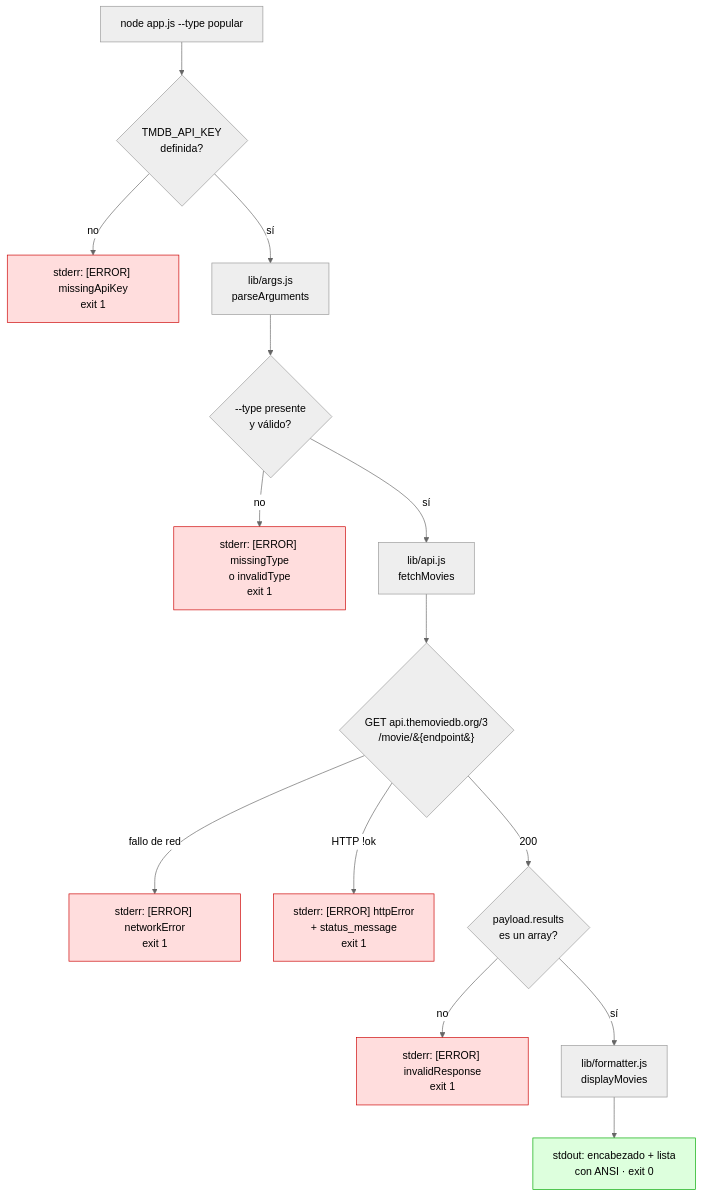
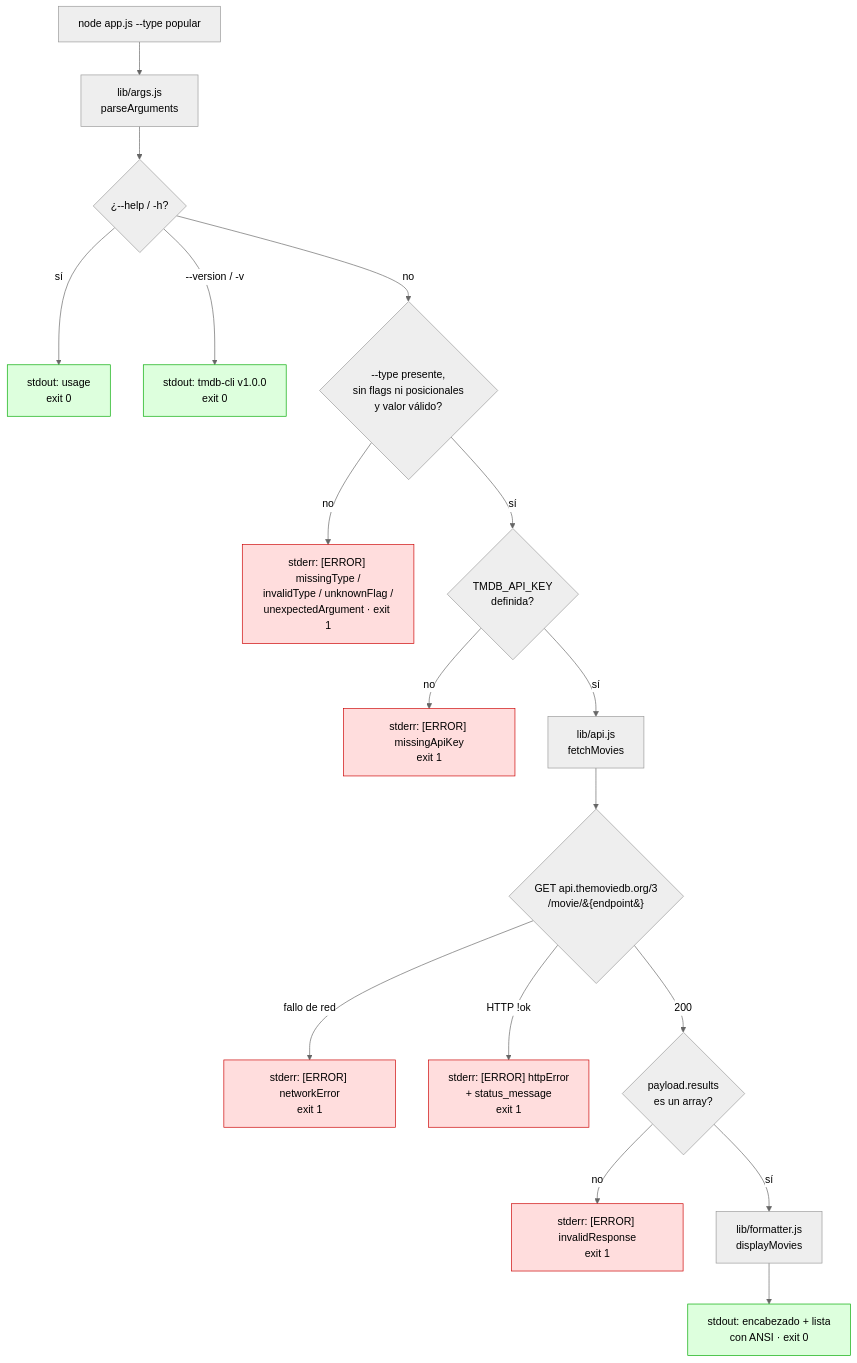
Before and after one commit to javierjuanJJ/TMDB-CLI-Tool: the first of 3 diagrams in tmdb-cli/README.md, drawn with Mermaid (neutral theme). The commit also changed other lines of this file and 4 other files, not shown here.

````diff
--- a/tmdb-cli/README.md
+++ b/tmdb-cli/README.md
@@ -75,23 +75,28 @@
 ```mermaid
 flowchart TD
-    A["node app.js --type popular"] --> B{"TMDB_API_KEY<br/>definida?"}
+    A["node app.js --type popular"] --> C["lib/args.js<br/>parseArguments"]
+    C --> K{"¿--help / -h?"}
+    K -- "sí" --> OK1["stdout: usage<br/>exit 0"]
+    K -- "--version / -v" --> OK2["stdout: tmdb-cli v1.0.0<br/>exit 0"]
+    K -- "no" --> D{"--type presente,<br/>sin flags ni posicionales<br/>y valor válido?"}
+    D -- "no" --> E2["stderr: [ERROR] missingType /<br/>invalidType / unknownFlag /<br/>unexpectedArgument · exit 1"]
+    D -- "sí" --> B{"TMDB_API_KEY<br/>definida?"}
     B -- "no" --> E1["stderr: [ERROR] missingApiKey<br/>exit 1"]
-    B -- "sí" --> C["lib/args.js<br/>parseArguments"]
-    C --> D{"--type presente<br/>y válido?"}
-    D -- "no" --> E2["stderr: [ERROR] missingType<br/>o invalidType<br/>exit 1"]
-    D -- "sí" --> F["lib/api.js<br/>fetchMovies"]
+    B -- "sí" --> F["lib/api.js<br/>fetchMovies"]
     F --> G{"GET api.themoviedb.org/3<br/>/movie/&#123;endpoint&#125;"}
     G -- "fallo de red" --> E3["stderr: [ERROR] networkError<br/>exit 1"]
     G -- "HTTP !ok" --> E4["stderr: [ERROR] httpError<br/>+ status_message<br/>exit 1"]
     G -- "200" --> H{"payload.results<br/>es un array?"}
     H -- "no" --> E5["stderr: [ERROR] invalidResponse<br/>exit 1"]
     H -- "sí" --> I["lib/formatter.js<br/>displayMovies"]
     I --> J["stdout: encabezado + lista<br/>con ANSI · exit 0"]
 
     style E1 fill:#ffdddd,stroke:#c00
     style E2 fill:#ffdddd,stroke:#c00
     style E3 fill:#ffdddd,stroke:#c00
     style E4 fill:#ffdddd,stroke:#c00
     style E5 fill:#ffdddd,stroke:#c00
     style J fill:#ddffdd,stroke:#0a0
+    style OK1 fill:#ddffdd,stroke:#0a0
+    style OK2 fill:#ddffdd,stroke:#0a0
 ```
````
